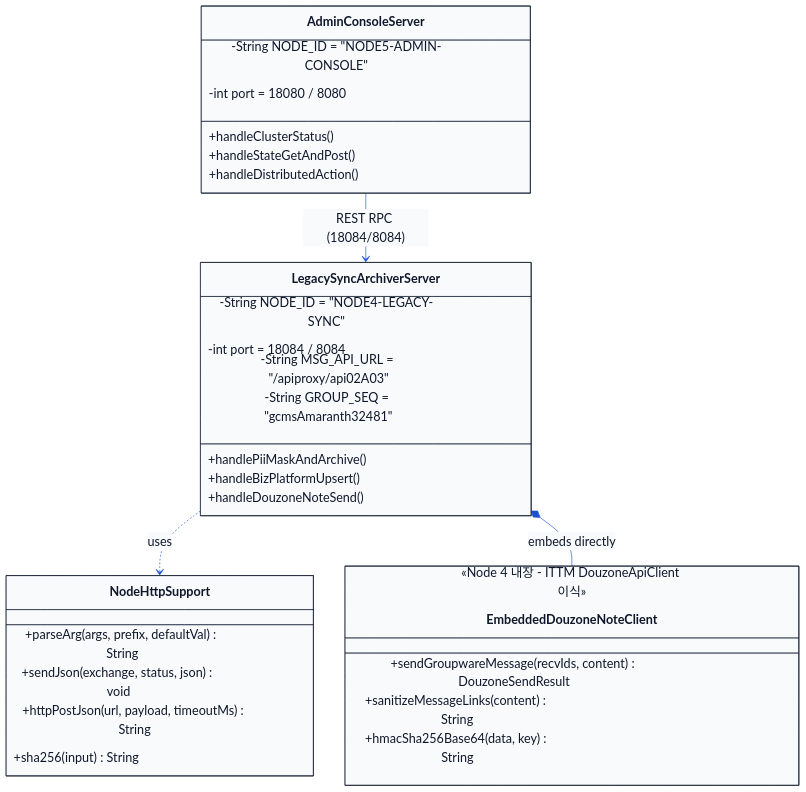
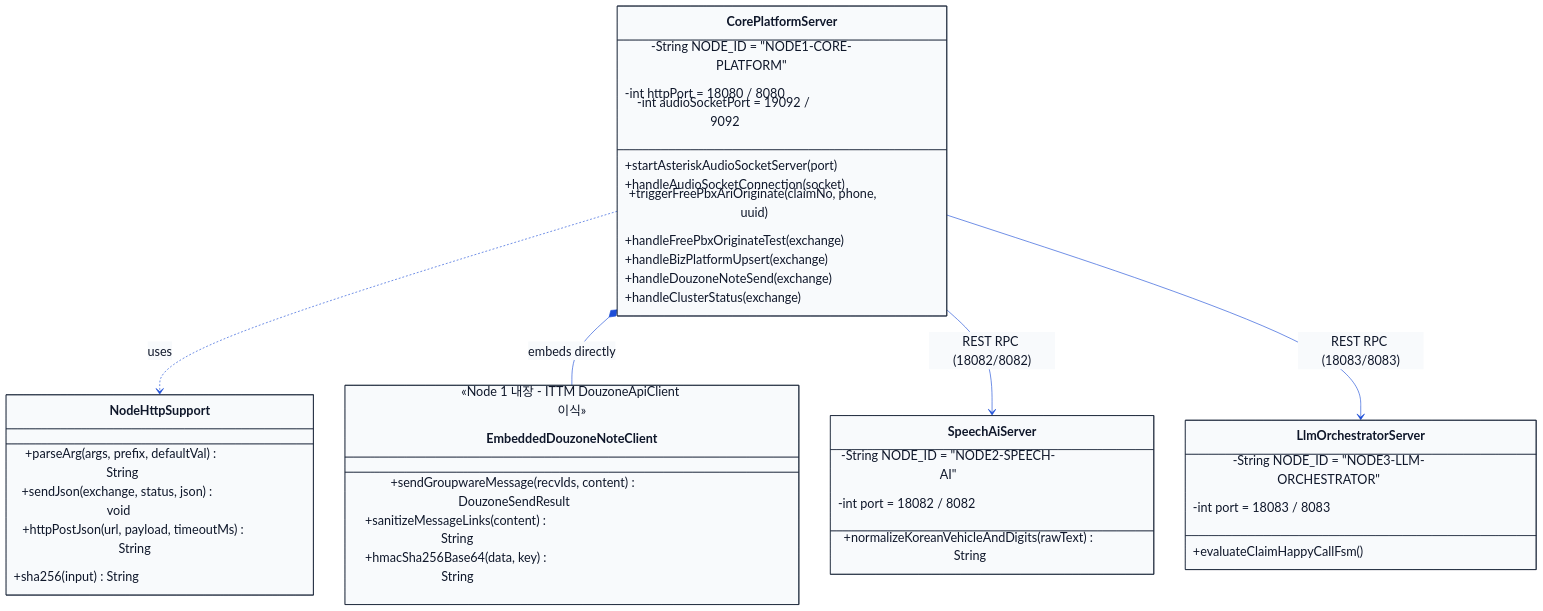
Before and after one commit to herosonsa1/AI_HappyCall: the second of 2 diagrams in dist/docs/02_응용프로그램_설계도면.md, drawn with Mermaid. The commit also changed other lines of this file and 88 other files, not shown here.

Commit message:
feat: consolidate Node 1+4+5 into unified Node 1 Core Platform (3-Node / 2 physical servers) and add FreePBX 17 AudioSocket/ARI implementation & docs

````diff
--- a/dist/docs/02_응용프로그램_설계도면.md
+++ b/dist/docs/02_응용프로그램_설계도면.md
@@ -161,50 +111,58 @@
 ```mermaid
 %%{init: {
   'theme': 'base',
   'themeVariables': {
     'fontSize': '20px',
     'fontFamily': 'Pretendard, Malgun Gothic, sans-serif',
     'primaryColor': '#f8fafc',
     'primaryTextColor': '#0f172a',
     'primaryBorderColor': '#1e293b',
     'lineColor': '#1d4ed8'
   }
 }}%%
 classDiagram
     direction TB
     class NodeHttpSupport {
         +parseArg(args, prefix, defaultVal) String
         +sendJson(exchange, status, json) void
         +httpPostJson(url, payload, timeoutMs) String
         +sha256(input) String
     }
 
-    class LegacySyncArchiverServer {
-        -String NODE_ID = "NODE4-LEGACY-SYNC"
-        -int port = 18084 / 8084
-        -String MSG_API_URL = "/apiproxy/api02A03"
-        -String GROUP_SEQ = "gcmsAmaranth32481"
-        +handlePiiMaskAndArchive()
-        +handleBizPlatformUpsert()
-        +handleDouzoneNoteSend()
+    class CorePlatformServer {
+        -String NODE_ID = "NODE1-CORE-PLATFORM"
+        -int httpPort = 18080 / 8080
+        -int audioSocketPort = 19092 / 9092
+        +startAsteriskAudioSocketServer(port)
+        +handleAudioSocketConnection(socket)
+        +triggerFreePbxAriOriginate(claimNo, phone, uuid)
+        +handleFreePbxOriginateTest(exchange)
+        +handleBizPlatformUpsert(exchange)
+        +handleDouzoneNoteSend(exchange)
+        +handleClusterStatus(exchange)
     }
 
     class EmbeddedDouzoneNoteClient {
-        <<Node 4 내장 - ITTM DouzoneApiClient 이식>>
+        <<Node 1 내장 - ITTM DouzoneApiClient 이식>>
         +sendGroupwareMessage(recvIds, content) DouzoneSendResult
         +sanitizeMessageLinks(content) String
         +hmacSha256Base64(data, key) String
     }
 
-    class AdminConsoleServer {
-        -String NODE_ID = "NODE5-ADMIN-CONSOLE"
-        -int port = 18080 / 8080
-        +handleClusterStatus()
-        +handleStateGetAndPost()
-        +handleDistributedAction()
+    class SpeechAiServer {
+        -String NODE_ID = "NODE2-SPEECH-AI"
+        -int port = 18082 / 8082
+        +normalizeKoreanVehicleAndDigits(rawText) String
     }
 
-    LegacySyncArchiverServer ..> NodeHttpSupport : uses
-    LegacySyncArchiverServer *-- EmbeddedDouzoneNoteClient : embeds directly
-    AdminConsoleServer --> LegacySyncArchiverServer : REST RPC (18084/8084)
+    class LlmOrchestratorServer {
+        -String NODE_ID = "NODE3-LLM-ORCHESTRATOR"
+        -int port = 18083 / 8083
+        +evaluateClaimHappyCallFsm()
+    }
+
+    CorePlatformServer ..> NodeHttpSupport : uses
+    CorePlatformServer *-- EmbeddedDouzoneNoteClient : embeds directly
+    CorePlatformServer --> SpeechAiServer : REST RPC (18082/8082)
+    CorePlatformServer --> LlmOrchestratorServer : REST RPC (18083/8083)
 ```
````
